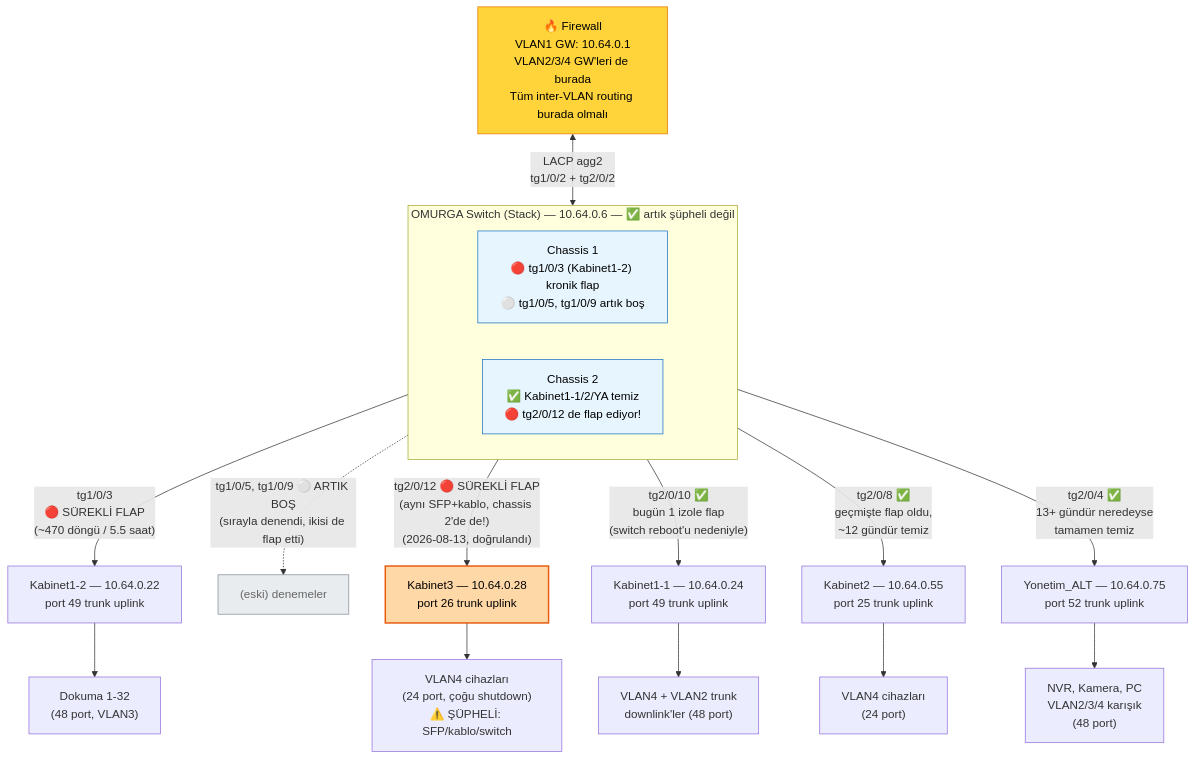
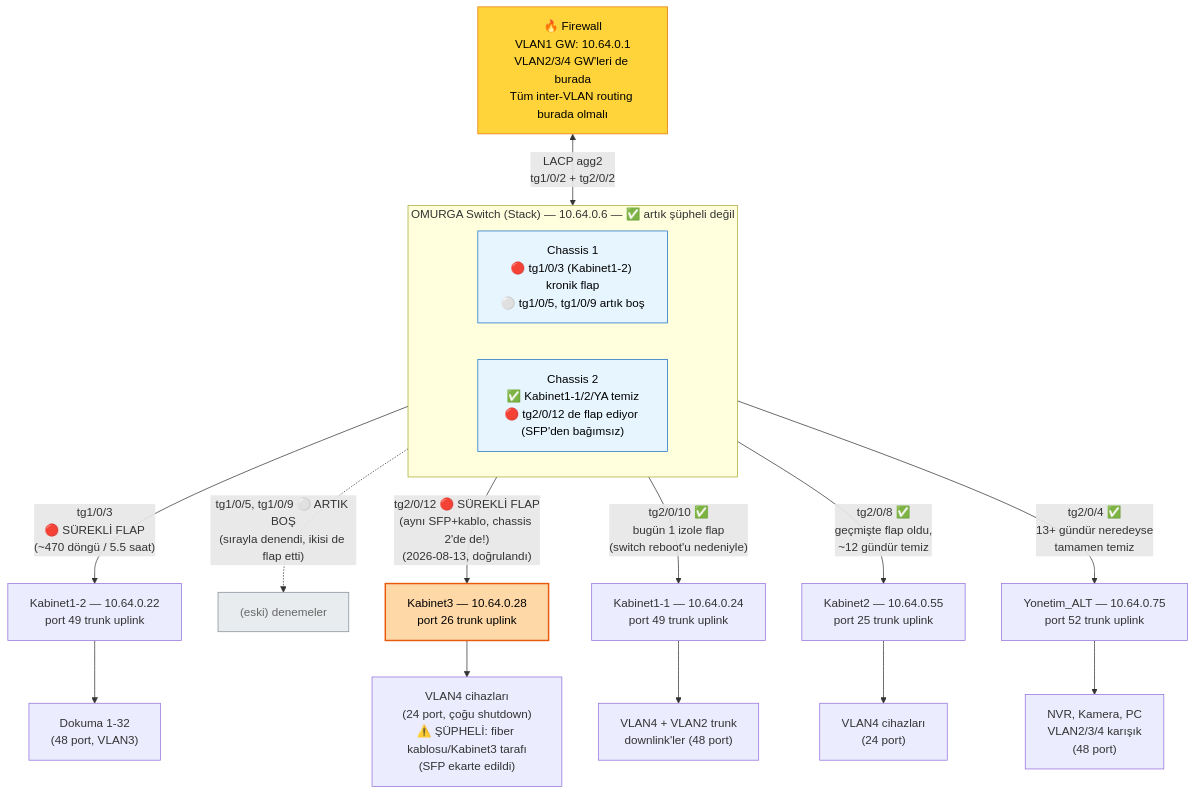
One commit to SeFo19/Ozdoku-Config changed the first of 2 diagrams in topoloji_diyagram.md. Above: the diagram before and after it, drawn with Mermaid. The commit also changed other lines of this file and 5 other files, not shown here.

````diff
--- a/topoloji_diyagram.md
+++ b/topoloji_diyagram.md
@@ -15,38 +21,38 @@
 ```mermaid
 graph TB
     FW["🔥 Firewall<br/>VLAN1 GW: 10.64.0.1<br/>VLAN2/3/4 GW'leri de burada<br/>Tüm inter-VLAN routing burada olmalı"]
 
     subgraph OMURGA["OMURGA Switch (Stack) — 10.64.0.6 — ✅ artık şüpheli değil"]
         direction LR
         C1["Chassis 1<br/>🔴 tg1/0/3 (Kabinet1-2) kronik flap<br/>⚪ tg1/0/5, tg1/0/9 artık boş"]
-        C2["Chassis 2<br/>✅ Kabinet1-1/2/YA temiz<br/>🔴 tg2/0/12 de flap ediyor!"]
+        C2["Chassis 2<br/>✅ Kabinet1-1/2/YA temiz<br/>🔴 tg2/0/12 de flap ediyor (SFP'den bağımsız)"]
     end
 
     FW <-->|"LACP agg2<br/>tg1/0/2 + tg2/0/2"| OMURGA
 
     C1 -->|"tg1/0/3<br/>🔴 SÜREKLİ FLAP<br/>(~470 döngü / 5.5 saat)"| K12["Kabinet1-2 — 10.64.0.22<br/>port 49 trunk uplink"]
     C1 -.->|"tg1/0/5, tg1/0/9 ⚪ ARTIK BOŞ<br/>(sırayla denendi, ikisi de flap etti)"| K3OLD["(eski) denemeler"]
     C2 -->|"tg2/0/12 🔴 SÜREKLİ FLAP<br/>(aynı SFP+kablo, chassis 2'de de!)<br/>(2026-08-13, doğrulandı)"| K3["Kabinet3 — 10.64.0.28<br/>port 26 trunk uplink"]
 
     C2 -->|"tg2/0/10 ✅<br/>bugün 1 izole flap<br/>(switch reboot'u nedeniyle)"| K11["Kabinet1-1 — 10.64.0.24<br/>port 49 trunk uplink"]
     C2 -->|"tg2/0/8 ✅<br/>geçmişte flap oldu,<br/>~12 gündür temiz"| K2["Kabinet2 — 10.64.0.55<br/>port 25 trunk uplink"]
     C2 -->|"tg2/0/4 ✅<br/>13+ gündür neredeyse<br/>tamamen temiz"| YA["Yonetim_ALT — 10.64.0.75<br/>port 52 trunk uplink"]
 
     K12 --> D1["Dokuma 1-32<br/>(48 port, VLAN3)"]
-    K3 --> D2["VLAN4 cihazları<br/>(24 port, çoğu shutdown)<br/>⚠️ ŞÜPHELİ: SFP/kablo/switch"]
+    K3 --> D2["VLAN4 cihazları<br/>(24 port, çoğu shutdown)<br/>⚠️ ŞÜPHELİ: fiber kablosu/Kabinet3 tarafı<br/>(SFP ekarte edildi)"]
     K11 --> D3["VLAN4 + VLAN2 trunk<br/>downlink'ler (48 port)"]
     K2 --> D4["VLAN4 cihazları<br/>(24 port)"]
     YA --> D5["NVR, Kamera, PC<br/>VLAN2/3/4 karışık<br/>(48 port)"]
 
     classDef problem fill:#ff6b6b,stroke:#a30000,color:#fff,stroke-width:2px
     classDef ok fill:#d3f9d8,stroke:#2b8a3e,color:#000
     classDef fw fill:#ffd43b,stroke:#e67700,color:#000
     classDef omurga fill:#e7f5ff,stroke:#1971c2,color:#000
     classDef unused fill:#e9ecef,stroke:#868e96,color:#666
     classDef suspect fill:#ffd8a8,stroke:#e8590c,color:#000,stroke-width:2px
 
     class C1,C2 omurga
     class FW fw
     class K3OLD unused
     class K3 suspect
 ```
````
